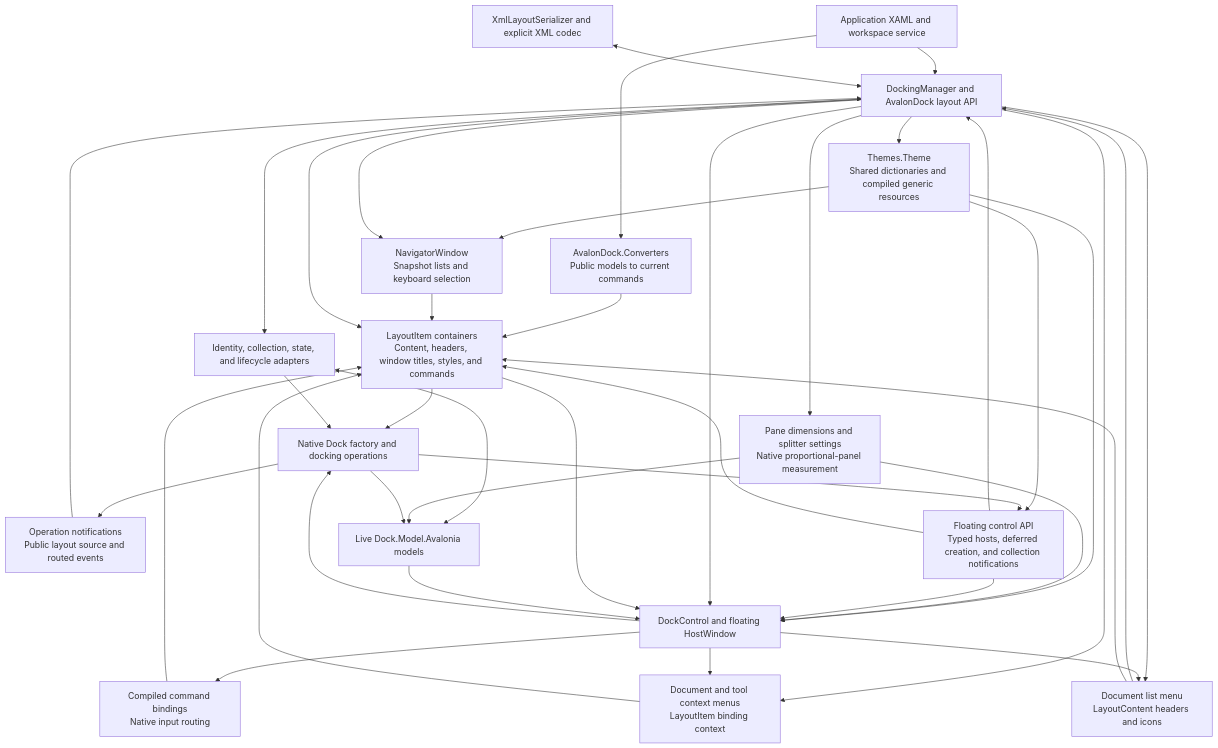
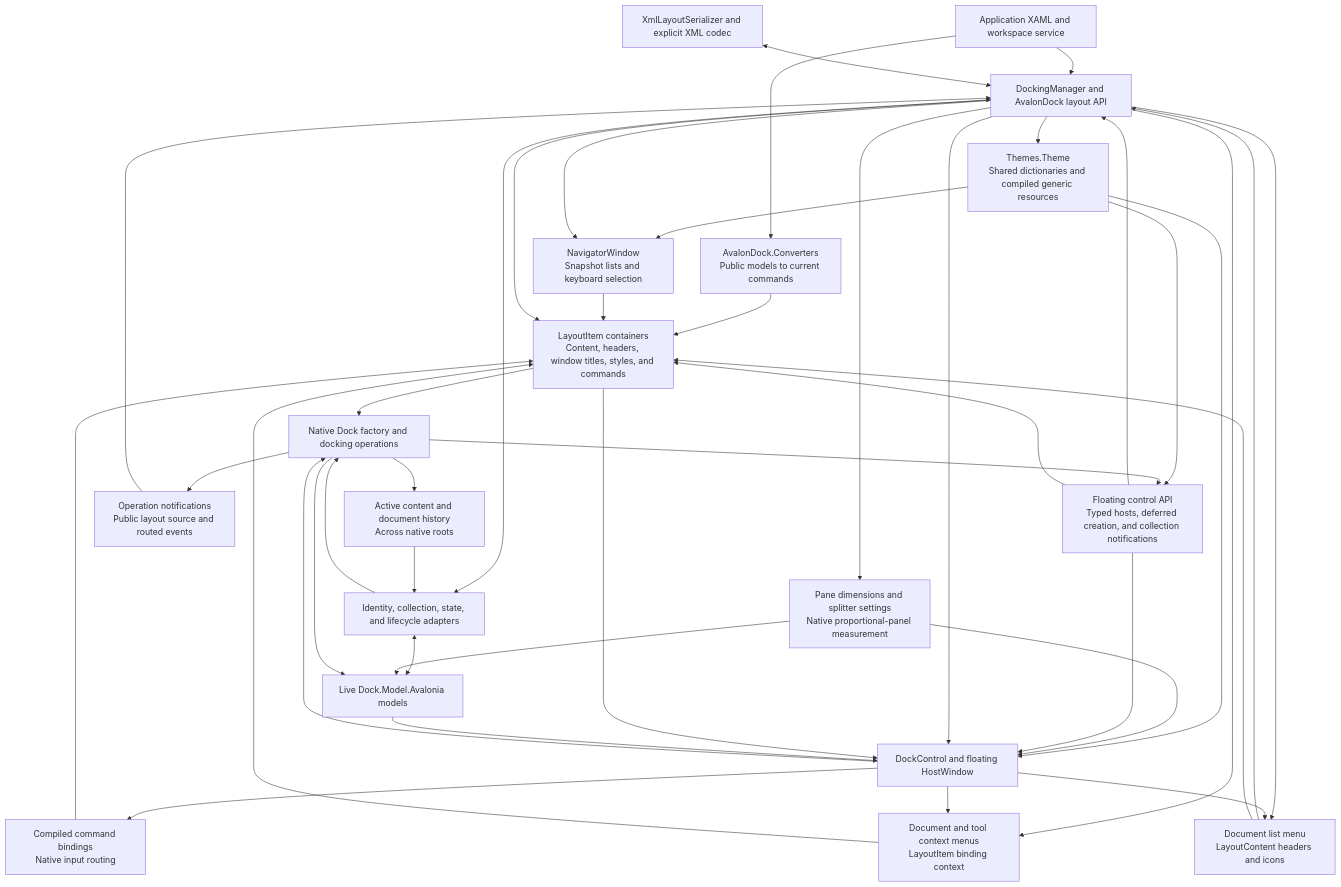
Before and after one commit to wieslawsoltes/Dock: the diagram in src/Dock.Avalonia.AvalonDock/AVALONDOCK.md, drawn with Mermaid. The commit also changed other lines of this file and 4 other files, not shown here.

````diff
--- a/src/Dock.Avalonia.AvalonDock/AVALONDOCK.md
+++ b/src/Dock.Avalonia.AvalonDock/AVALONDOCK.md
@@ -426,58 +435,61 @@
 ```mermaid
 flowchart TB
     App["Application XAML and workspace service"]
     Api["DockingManager and AvalonDock layout API"]
     Items["LayoutItem containers<br/>Content, headers, window titles, styles, and commands"]
     Commands["Compiled command bindings<br/>Native input routing"]
     Converters["AvalonDock.Converters<br/>Public models to current commands"]
     Navigator["NavigatorWindow<br/>Snapshot lists and keyboard selection"]
     ResourceThemes["Themes.Theme<br/>Shared dictionaries and compiled generic resources"]
     Menus["Document and tool context menus<br/>LayoutItem binding context"]
     DocumentList["Document list menu<br/>LayoutContent headers and icons"]
     Bridge["Identity, collection, state, and lifecycle adapters"]
+    Focus["Active content and document history<br/>Across native roots"]
     Events["Operation notifications<br/>Public layout source and routed events"]
     Hosts["Floating control API<br/>Typed hosts, deferred creation, and collection notifications"]
     Sizing["Pane dimensions and splitter settings<br/>Native proportional-panel measurement"]
     Models["Live Dock.Model.Avalonia models"]
     Factory["Native Dock factory and docking operations"]
     View["DockControl and floating HostWindow"]
     Xml["XmlLayoutSerializer and explicit XML codec"]
     App --> Api
     App --> Converters
     Converters --> Items
     Api --> ResourceThemes
     ResourceThemes --> Navigator
     ResourceThemes --> Hosts
     ResourceThemes --> View
     Api --> Navigator
     Navigator --> Items
     Api --> Items
     Items --> Factory
     Api <--> Bridge
     Bridge <--> Models
     Api --> Sizing
     Sizing --> Models
     Sizing --> View
     Bridge --> Factory
     Factory --> Models
+    Factory --> Focus
+    Focus --> Bridge
     Factory --> Events
     Events --> Api
     Factory --> Hosts
     Hosts --> View
     Hosts --> Api
     Hosts --> Items
     Api --> View
     Items --> View
     View --> Commands
     Commands --> Items
     Api --> Menus
     View --> Menus
     Menus --> Items
     Api --> DocumentList
     View --> DocumentList
     DocumentList --> Api
     DocumentList --> Items
     Models --> View
     View --> Factory
     Xml <--> Api
 ```
````
